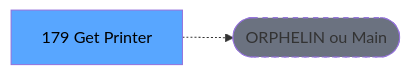
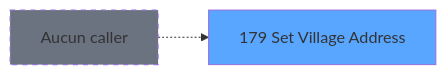
The second of 3 diagrams in .openspec/specs/ADH-IDE-179.md (thonyAGP/magic-migration), drawn with Mermaid before and after one commit. The commit also changed other lines of this file and 311 other files, not shown here.

````diff
--- a/.openspec/specs/ADH-IDE-179.md
+++ b/.openspec/specs/ADH-IDE-179.md
@@ -123,8 +128,8 @@
 ```mermaid
 graph LR
-    T[179 Get Printer]
-    ORPHAN([ORPHELIN ou Main])
-    T -.-> ORPHAN
-    style T fill:#58a6ff,color:#000
-    style ORPHAN fill:#6b7280,stroke-dasharray: 5 5
+    T179[179 Set Village Address]
+    style T179 fill:#58a6ff
+    NONE[Aucun caller]
+    NONE -.-> T179
+    style NONE fill:#6b7280,stroke-dasharray: 5 5
 ```
````
